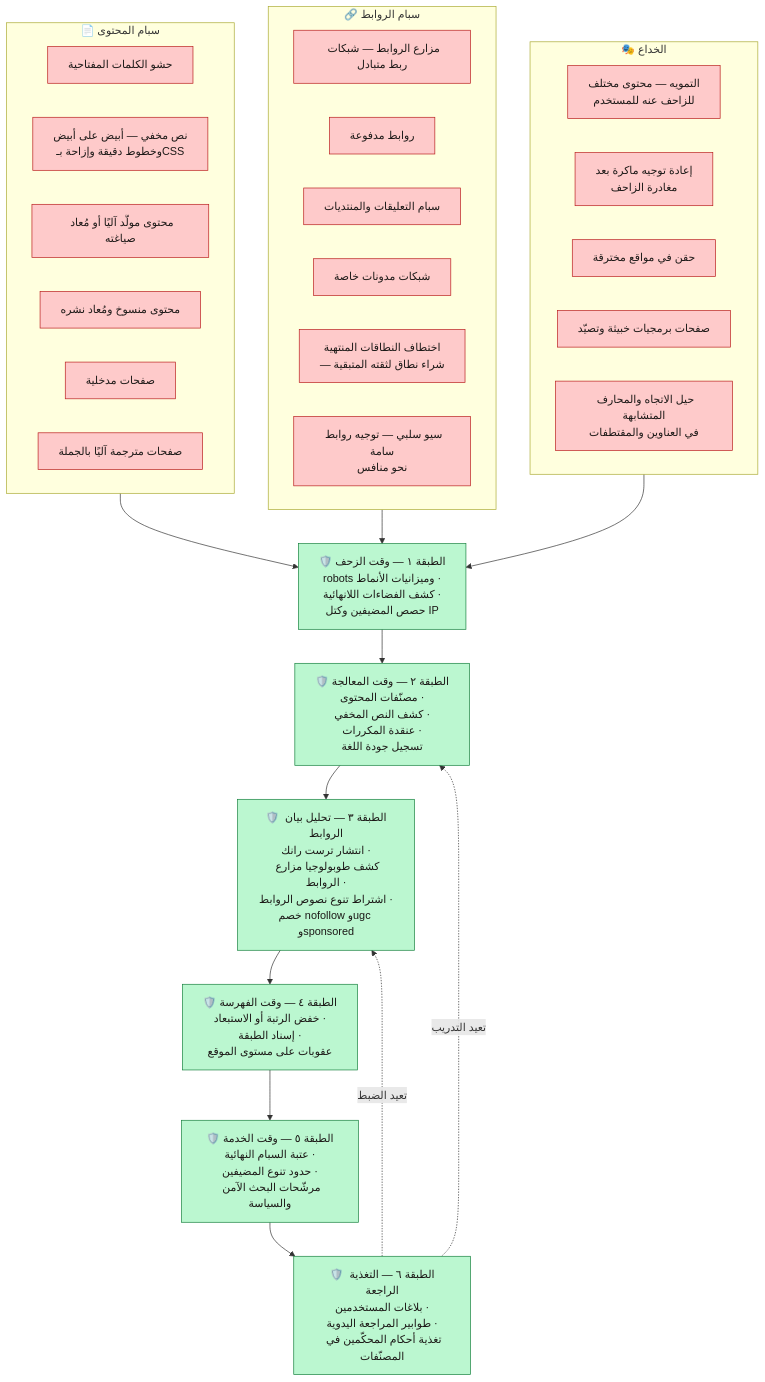
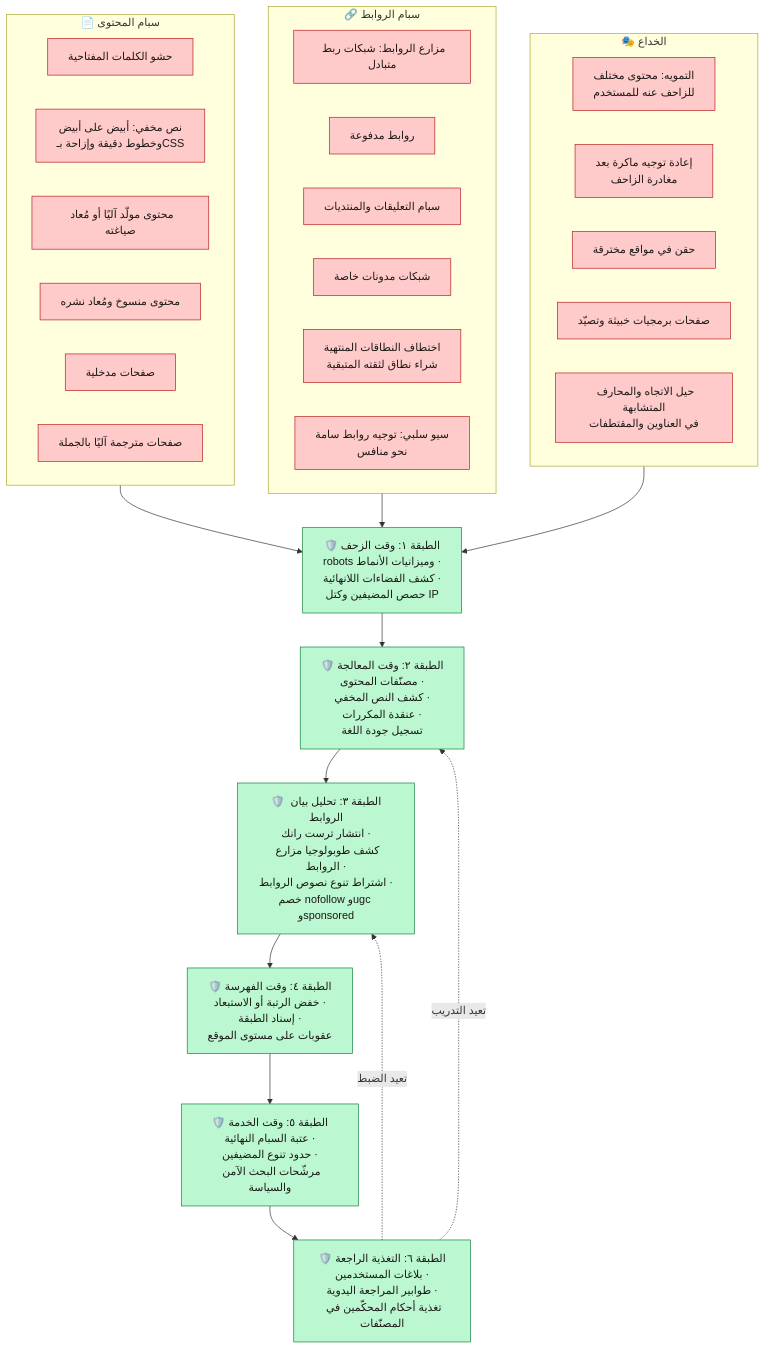
The first of 4 diagrams in docs/ar/14-security-abuse.md (ahmedselimmansor-ctrl/google-search-system-design), drawn with Mermaid before and after one commit. The commit also changed other lines of this file and 89 other files, not shown here.

````diff
--- a/docs/ar/14-security-abuse.md
+++ b/docs/ar/14-security-abuse.md
@@ -43,50 +43,50 @@
 ```mermaid
 flowchart TB
     subgraph CONTENT["📄 سبام المحتوى"]
         C1["حشو الكلمات المفتاحية"]
-        C2["نص مخفي — أبيض على أبيض<br/>وخطوط دقيقة وإزاحة بـCSS"]
+        C2["نص مخفي: أبيض على أبيض<br/>وخطوط دقيقة وإزاحة بـCSS"]
         C3["محتوى مولَّد آليًا أو مُعاد صياغته"]
         C4["محتوى منسوخ ومُعاد نشره"]
         C5["صفحات مدخلية"]
         C6["صفحات مترجمة آليًا بالجملة"]
     end
 
     subgraph LINK["🔗 سبام الروابط"]
-        L1["مزارع الروابط — شبكات ربط متبادل"]
+        L1["مزارع الروابط: شبكات ربط متبادل"]
         L2["روابط مدفوعة"]
         L3["سبام التعليقات والمنتديات"]
         L4["شبكات مدونات خاصة"]
-        L5["اختطاف النطاقات المنتهية<br/>— شراء نطاق لثقته المتبقية"]
-        L6["سيو سلبي — توجيه روابط سامة<br/>نحو منافس"]
+        L5["اختطاف النطاقات المنتهية<br/>شراء نطاق لثقته المتبقية"]
+        L6["سيو سلبي: توجيه روابط سامة<br/>نحو منافس"]
     end
 
     subgraph CLOAK["🎭 الخداع"]
-        K1["التمويه — محتوى مختلف<br/>للزاحف عنه للمستخدم"]
+        K1["التمويه: محتوى مختلف<br/>للزاحف عنه للمستخدم"]
         K2["إعادة توجيه ماكرة بعد<br/>مغادرة الزاحف"]
         K3["حقن في مواقع مخترقة"]
         K4["صفحات برمجيات خبيثة وتصيّد"]
         K5["حيل الاتجاه والمحارف المتشابهة<br/>في العناوين والمقتطفات"]
     end
 
-    CONTENT --> D1["🛡️ الطبقة ١ — وقت الزحف<br/>robots وميزانيات الأنماط ·<br/>كشف الفضاءات اللانهائية ·<br/>حصص المضيفين وكتل IP"]
+    CONTENT --> D1["🛡️ الطبقة ١: وقت الزحف<br/>robots وميزانيات الأنماط ·<br/>كشف الفضاءات اللانهائية ·<br/>حصص المضيفين وكتل IP"]
     LINK --> D1
     CLOAK --> D1
 
-    D1 --> D2["🛡️ الطبقة ٢ — وقت المعالجة<br/>مصنّفات المحتوى ·<br/>كشف النص المخفي ·<br/>عنقدة المكررات ·<br/>تسجيل جودة اللغة"]
+    D1 --> D2["🛡️ الطبقة ٢: وقت المعالجة<br/>مصنّفات المحتوى ·<br/>كشف النص المخفي ·<br/>عنقدة المكررات ·<br/>تسجيل جودة اللغة"]
 
-    D2 --> D3["🛡️ الطبقة ٣ — تحليل بيان الروابط<br/>انتشار ترست رانك ·<br/>كشف طوبولوجيا مزارع الروابط ·<br/>اشتراط تنوع نصوص الروابط ·<br/>خصم nofollow وugc وsponsored"]
+    D2 --> D3["🛡️ الطبقة ٣: تحليل بيان الروابط<br/>انتشار ترست رانك ·<br/>كشف طوبولوجيا مزارع الروابط ·<br/>اشتراط تنوع نصوص الروابط ·<br/>خصم nofollow وugc وsponsored"]
 
-    D3 --> D4["🛡️ الطبقة ٤ — وقت الفهرسة<br/>خفض الرتبة أو الاستبعاد ·<br/>إسناد الطبقة ·<br/>عقوبات على مستوى الموقع"]
+    D3 --> D4["🛡️ الطبقة ٤: وقت الفهرسة<br/>خفض الرتبة أو الاستبعاد ·<br/>إسناد الطبقة ·<br/>عقوبات على مستوى الموقع"]
 
-    D4 --> D5["🛡️ الطبقة ٥ — وقت الخدمة<br/>عتبة السبام النهائية ·<br/>حدود تنوع المضيفين ·<br/>مرشّحات البحث الآمن والسياسة"]
+    D4 --> D5["🛡️ الطبقة ٥: وقت الخدمة<br/>عتبة السبام النهائية ·<br/>حدود تنوع المضيفين ·<br/>مرشّحات البحث الآمن والسياسة"]
 
-    D5 --> D6["🛡️ الطبقة ٦ — التغذية الراجعة<br/>بلاغات المستخدمين ·<br/>طوابير المراجعة اليدوية ·<br/>تغذية أحكام المحكّمين في المصنّفات"]
+    D5 --> D6["🛡️ الطبقة ٦: التغذية الراجعة<br/>بلاغات المستخدمين ·<br/>طوابير المراجعة اليدوية ·<br/>تغذية أحكام المحكّمين في المصنّفات"]
 
     D6 -.تعيد التدريب.-> D2
     D6 -.تعيد الضبط.-> D3
 
     classDef spam fill:#fecaca,stroke:#b91c1c,color:#1c1917
     classDef def fill:#bbf7d0,stroke:#15803d,color:#1c1917
     class C1,C2,C3,C4,C5,C6,L1,L2,L3,L4,L5,L6,K1,K2,K3,K4,K5 spam
     class D1,D2,D3,D4,D5,D6 def
 ```
````
